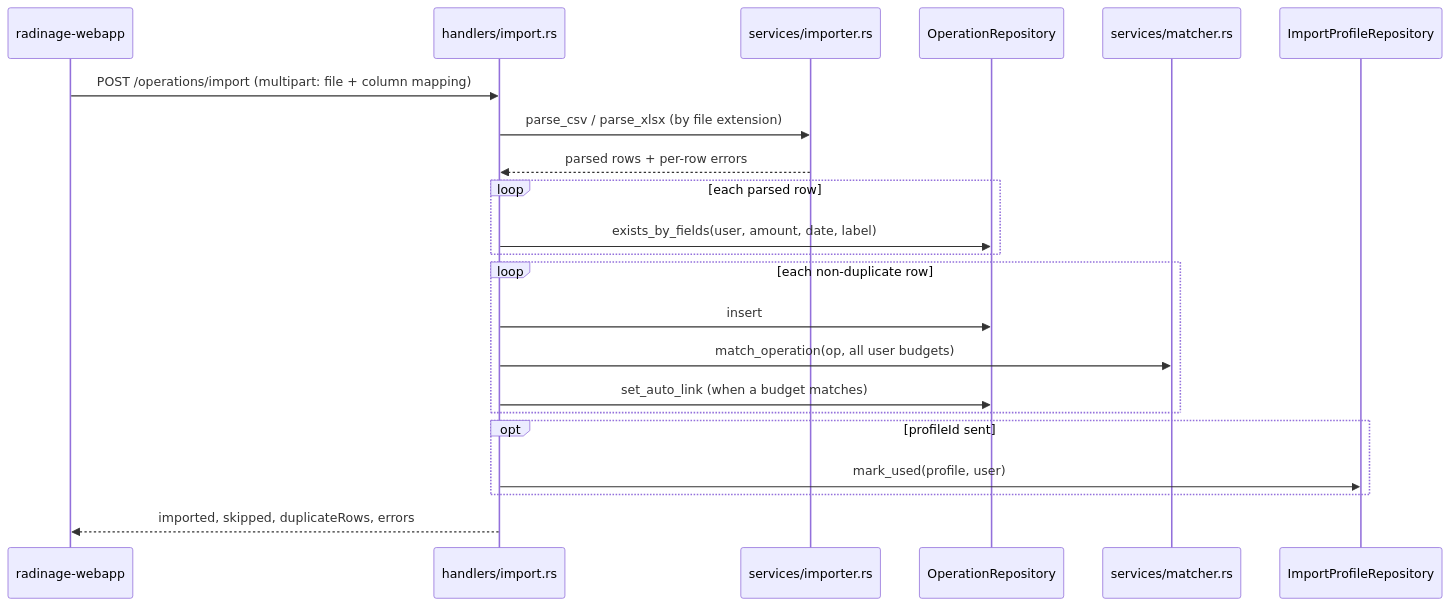
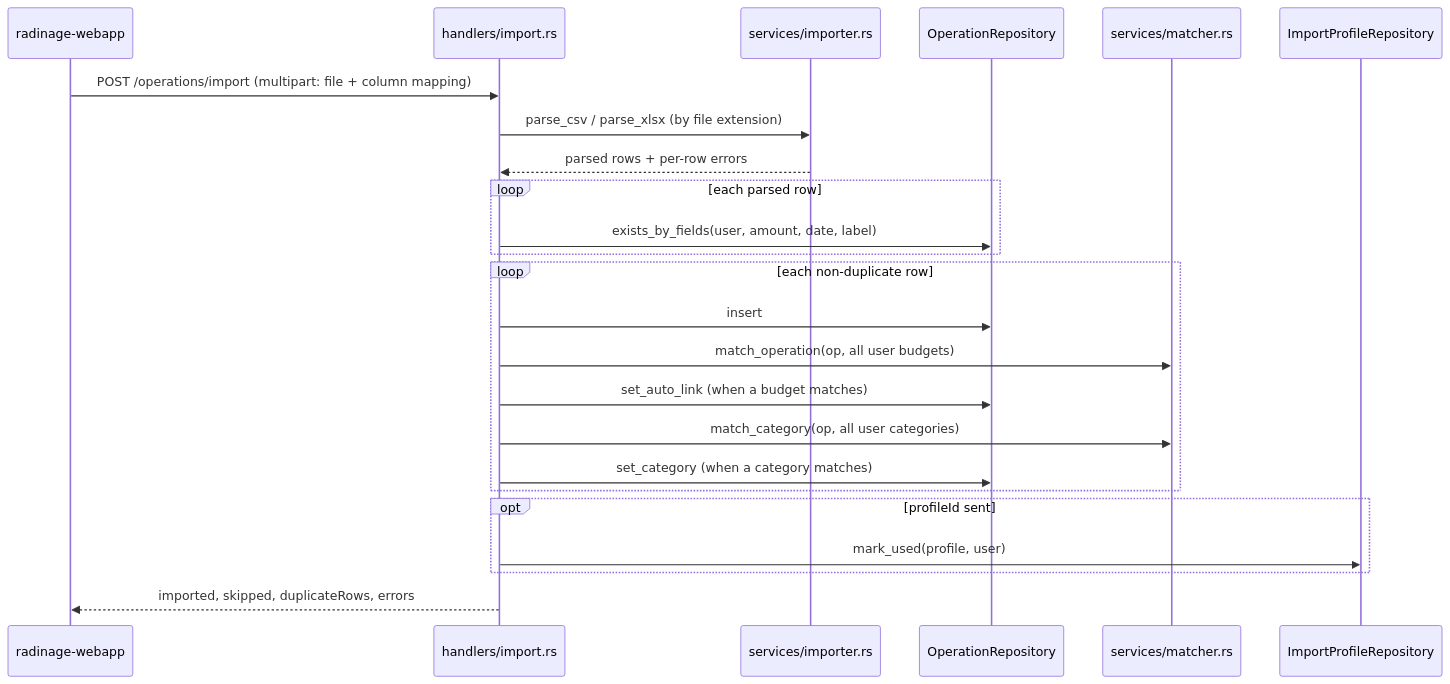
The second of 2 diagrams in ARCHITECTURE.md (leroyguillaume/radinage), drawn with Mermaid before and after one commit. The commit also changed other lines of this file and 35 other files, not shown here.

````diff
--- a/ARCHITECTURE.md
+++ b/ARCHITECTURE.md
@@ -106,24 +106,26 @@
 ```mermaid
 sequenceDiagram
     participant SPA as radinage-webapp
     participant H as handlers/import.rs
     participant I as services/importer.rs
     participant R as OperationRepository
     participant M as services/matcher.rs
     participant P as ImportProfileRepository
     SPA->>H: POST /operations/import (multipart: file + column mapping)
     H->>I: parse_csv / parse_xlsx (by file extension)
     I-->>H: parsed rows + per-row errors
     loop each parsed row
         H->>R: exists_by_fields(user, amount, date, label)
     end
     loop each non-duplicate row
         H->>R: insert
         H->>M: match_operation(op, all user budgets)
         H->>R: set_auto_link (when a budget matches)
+        H->>M: match_category(op, all user categories)
+        H->>R: set_category (when a category matches)
     end
     opt profileId sent
         H->>P: mark_used(profile, user)
     end
     H-->>SPA: imported, skipped, duplicateRows, errors
 ```
````
